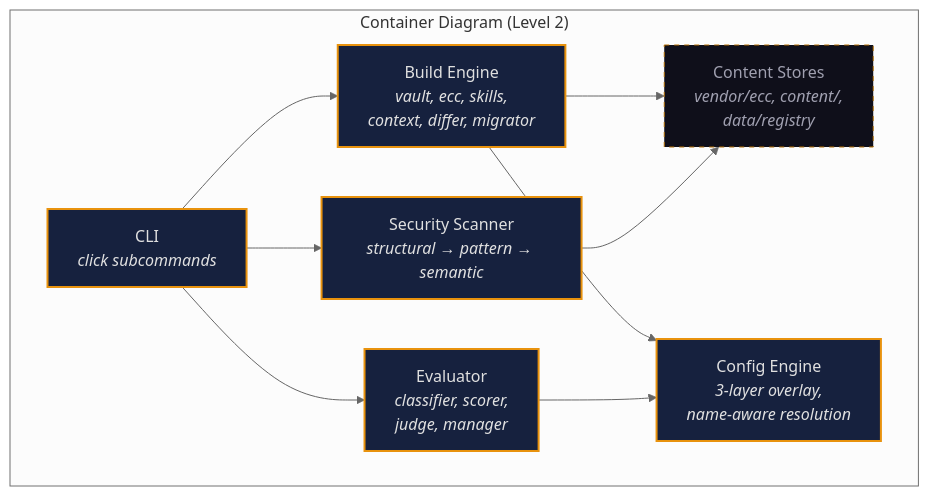
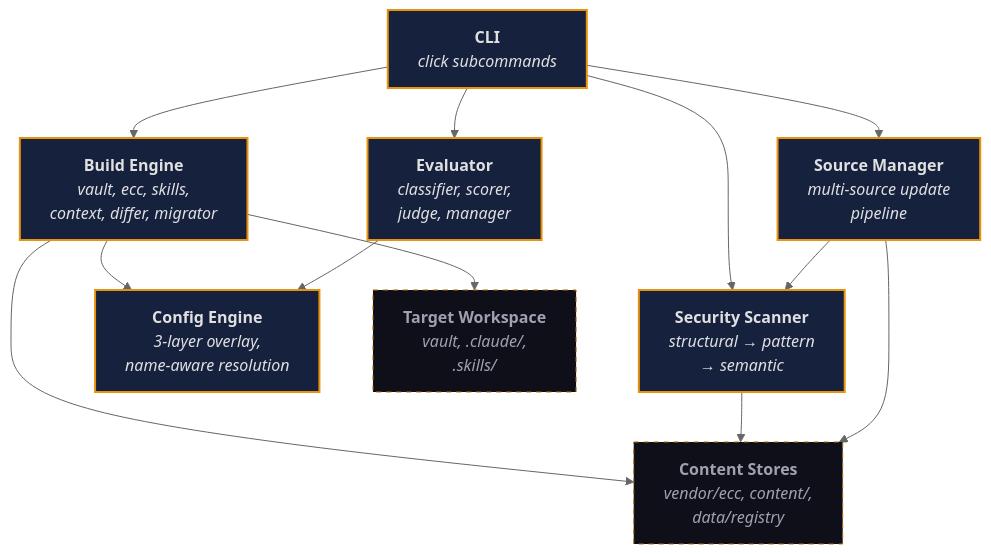
Before and after one commit to originalrgsec/open-workspace-builder: the second of 6 diagrams in docs/adr.md, drawn with Mermaid (neutral theme). The commit also changed other lines of this file, not shown here.

Commit message:
docs: add C4 Level 3 component diagram and DFD diagrams under proper headings

````diff
--- a/docs/adr.md
+++ b/docs/adr.md
@@ -31,22 +46,26 @@
 ```mermaid
 graph TD
-    subgraph containers ["Container Diagram (Level 2)"]
-        CLI["CLI<br/><i>click subcommands</i>"]:::comp
-        Engine["Build Engine<br/><i>vault, ecc, skills,<br/>context, differ, migrator</i>"]:::comp
-        Scanner["Security Scanner<br/><i>structural → pattern → semantic</i>"]:::comp
-        Evaluator["Evaluator<br/><i>classifier, scorer,<br/>judge, manager</i>"]:::comp
-        Content["Content Stores<br/><i>vendor/ecc, content/,<br/>data/registry</i>"]:::store
-        Config["Config Engine<br/><i>3-layer overlay,<br/>name-aware resolution</i>"]:::comp
-    end
+    CLI["<b>CLI</b><br/><i>click subcommands</i>"]:::comp
+    Engine["<b>Build Engine</b><br/><i>vault, ecc, skills,<br/>context, differ, migrator</i>"]:::comp
+    Scanner["<b>Security Scanner</b><br/><i>structural → pattern<br/>→ semantic</i>"]:::comp
+    Evaluator["<b>Evaluator</b><br/><i>classifier, scorer,<br/>judge, manager</i>"]:::comp
+    Sources["<b>Source Manager</b><br/><i>multi-source update<br/>pipeline</i>"]:::comp
+    Config["<b>Config Engine</b><br/><i>3-layer overlay,<br/>name-aware resolution</i>"]:::comp
+    Content["<b>Content Stores</b><br/><i>vendor/ecc, content/,<br/>data/registry</i>"]:::store
+    Target["<b>Target Workspace</b><br/><i>vault, .claude/,<br/>.skills/</i>"]:::store
 
     CLI --> Engine
     CLI --> Scanner
     CLI --> Evaluator
+    CLI --> Sources
+    Engine --> Config
     Engine --> Content
-    Engine --> Config
+    Engine --> Target
     Scanner --> Content
+    Sources --> Scanner
+    Sources --> Content
     Evaluator --> Config
 
     classDef comp fill:#16213E,color:#E0E0E0,stroke:#E8920D,stroke-width:2px
     classDef store fill:#0F0F1A,color:#A0A0B0,stroke:#B87308,stroke-width:1px,stroke-dasharray:5 5
 ```
````
